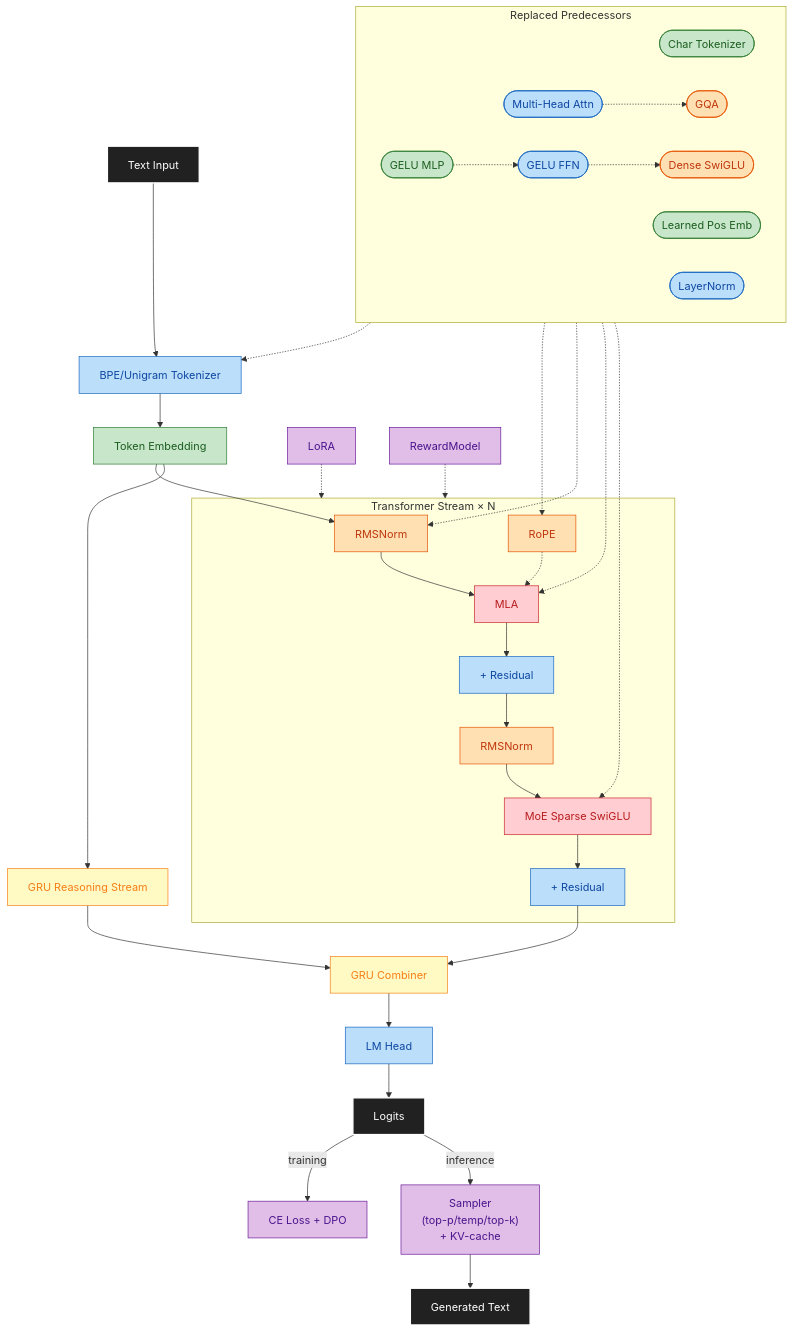
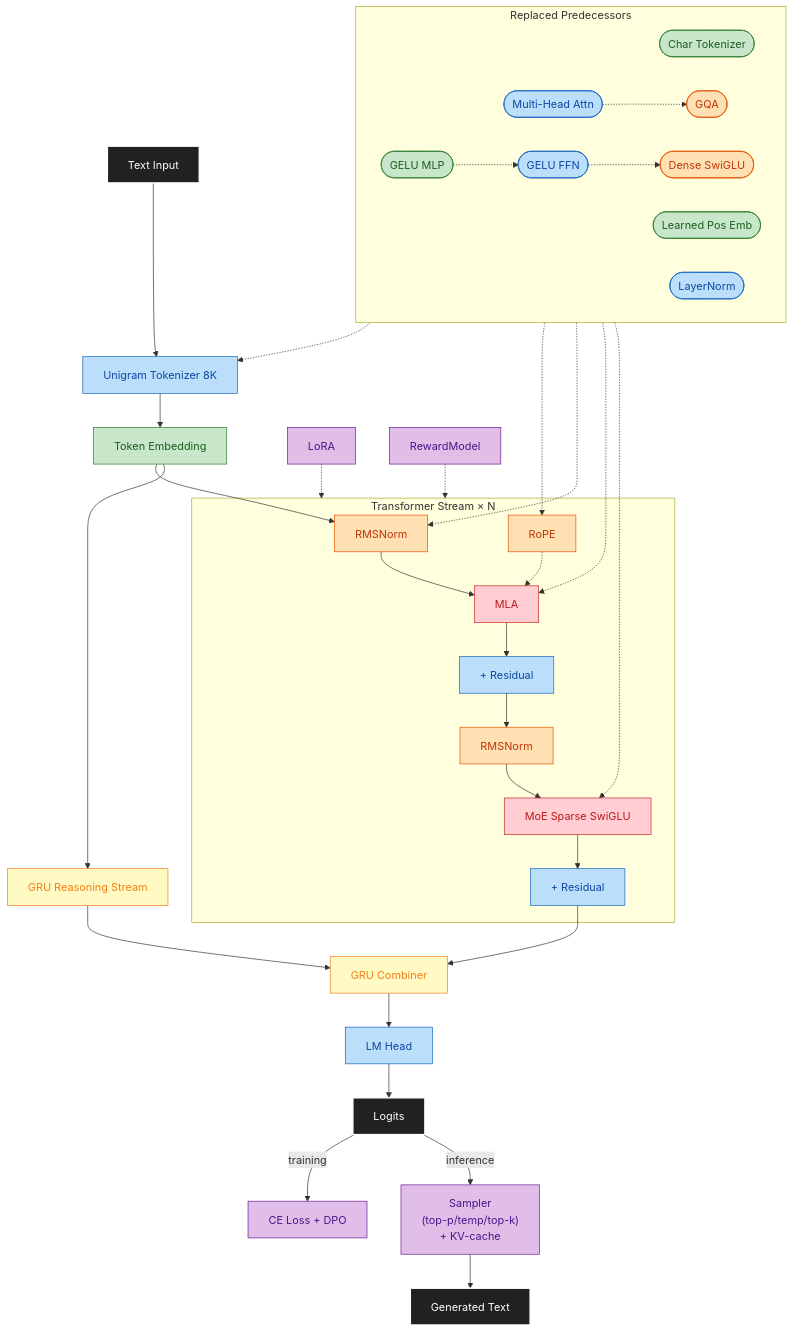
One commit to maxjbarfuss/max_llm changed the diagram in README.md. Above: the diagram before and after it, drawn with Mermaid. The commit also changed other lines of this file, not shown here.

First line of the commit message:
Phase 3.9: update README diagram and data table to match evolved design

````diff
--- a/README.md
+++ b/README.md
@@ -50,49 +50,49 @@
 ```mermaid
 graph TD
-    In[Text Input]:::io --> Tok[BPE/Unigram Tokenizer]:::p3 --> Emb[Token Embedding]:::p2 --> N1
+    In[Text Input]:::io --> Tok[Unigram Tokenizer 8K]:::p3 --> Emb[Token Embedding]:::p2 --> N1
     Emb --> RGRU[GRU Reasoning Stream]:::p7
 
     subgraph Block[Transformer Stream × N]
         N1[RMSNorm]:::p4 --> ATT[MLA]:::p6 --> R1[+ Residual]:::p3
         RoPE[RoPE]:::p4 -.-> ATT
         R1 --> N2[RMSNorm]:::p4 --> MOE[MoE Sparse SwiGLU]:::p6 --> R2[+ Residual]:::p3
     end
 
     LoRA:::p5 -.-> Block
     RewardModel:::p5 -.-> Block
 
     R2 --> COMB[GRU Combiner]:::p7
     RGRU --> COMB
     COMB --> Head[LM Head]:::p3 --> Logits[Logits]:::io
     Logits -->|training| Loss[CE Loss + DPO]:::p5
     Logits -->|inference| Samp["Sampler<br/>(top-p/temp/top-k)<br/>+ KV-cache"]:::p5 --> GenOut[Generated Text]:::io
 
     subgraph Replaced[Replaced Predecessors]
         direction LR
         CT([Char Tokenizer]):::p2
         LPE([Learned Pos Emb]):::p2
         LF([GELU MLP]):::p2
         LN([LayerNorm]):::p3
         MHA([Multi-Head Attn]):::p3
         GF([GELU FFN]):::p3
         GQA2([GQA]):::p4
         SW([Dense SwiGLU]):::p4
     end
 
     CT -.-> Tok
     LPE -.-> RoPE
     LF -.-> GF
     LN -.-> N1
     MHA -.-> GQA2
     GF -.-> SW
     GQA2 -.-> ATT
     SW -.-> MOE
 
     classDef io fill:#212121,stroke:#FFFFFF,color:#FFFFFF,stroke-width:2px
     classDef p2 fill:#C8E6C9,stroke:#2E7D32,color:#1B5E20
     classDef p3 fill:#BBDEFB,stroke:#1565C0,color:#0D47A1
     classDef p4 fill:#FFE0B2,stroke:#E65100,color:#BF360C
     classDef p5 fill:#E1BEE7,stroke:#6A1B9A,color:#4A148C
     classDef p6 fill:#FFCDD2,stroke:#C62828,color:#B71C1C
     classDef p7 fill:#FFF9C4,stroke:#F57F17,color:#F57F17
 ```
````
